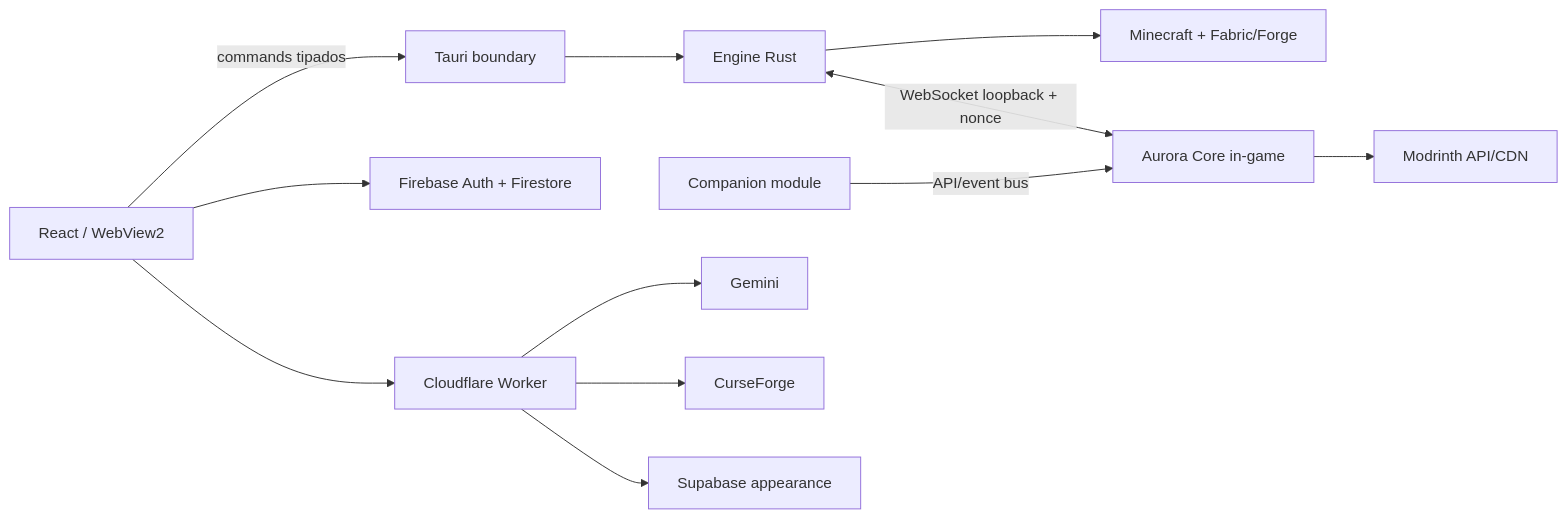
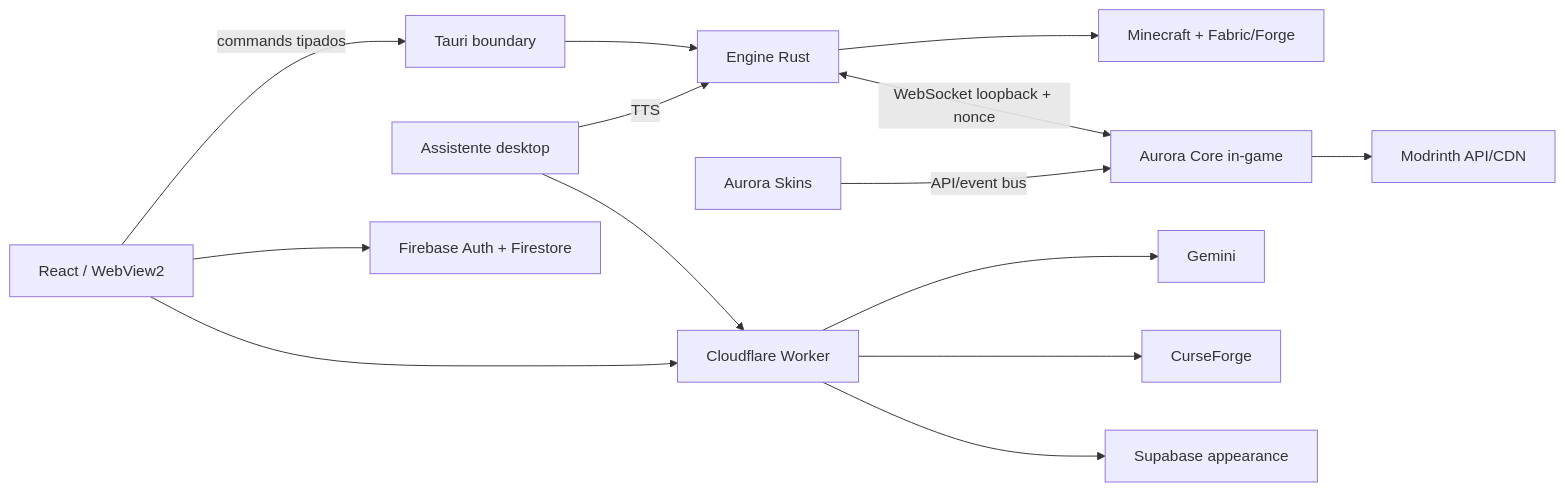
The first of 2 diagrams in docs/engineering/ARCHITECTURE_REVIEW.md (vinitor3/AuroraLauncher), drawn with Mermaid before and after one commit. The commit also changed other lines of this file and 48 other files, not shown here.

Commit message:
docs: retire Companion guidance and preserve desktop Assistant

````diff
--- a/docs/engineering/ARCHITECTURE_REVIEW.md
+++ b/docs/engineering/ARCHITECTURE_REVIEW.md
@@ -5,14 +5,16 @@
 ```mermaid
 flowchart LR
   UI[React / WebView2] -->|commands tipados| TAURI[Tauri boundary]
   TAURI --> ENGINE[Engine Rust]
   ENGINE --> GAME[Minecraft + Fabric/Forge]
   ENGINE <-->|WebSocket loopback + nonce| CORE[Aurora Core in-game]
-  COMP[Companion module] -->|API/event bus| CORE
+  SKINS[Aurora Skins] -->|API/event bus| CORE
+  ASSISTANT[Assistente desktop] --> EDGE
+  ASSISTANT -->|TTS| ENGINE
   UI --> FIREBASE[Firebase Auth + Firestore]
   UI --> EDGE[Cloudflare Worker]
   EDGE --> GEMINI[Gemini]
   EDGE --> CF[CurseForge]
   EDGE --> SUPA[Supabase appearance]
   CORE --> MODRINTH[Modrinth API/CDN]
 ```
````
